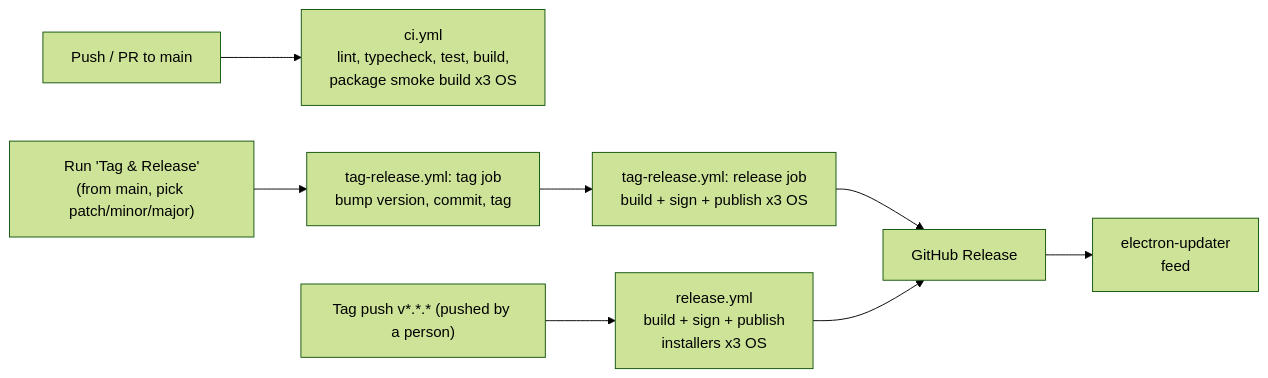
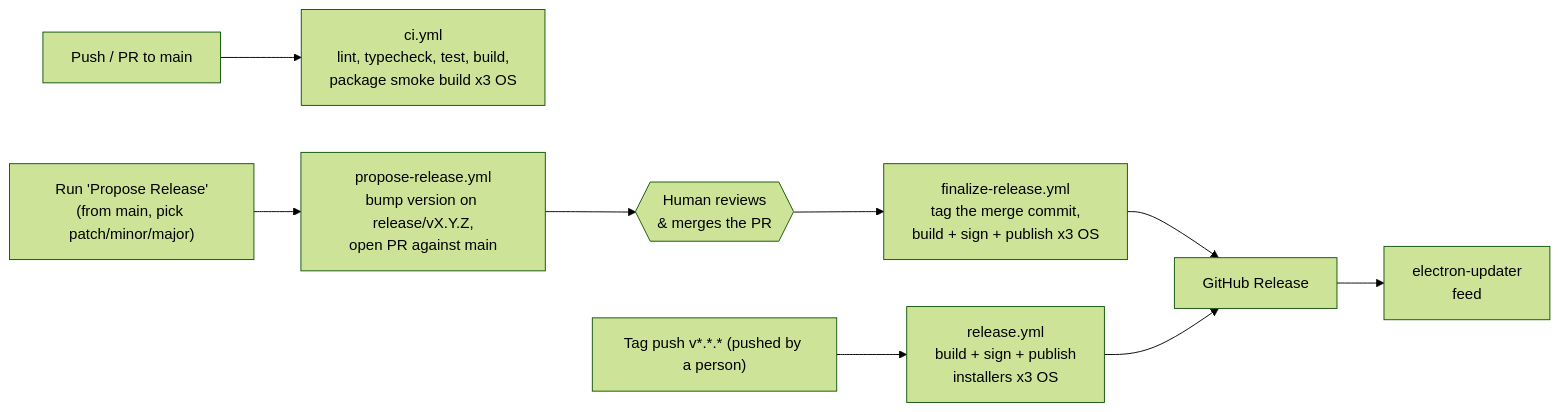
One commit to mkeology/desktop-ai changed the diagram in docs/specs/07-devops-release.md. Above: the diagram before and after it, drawn with Mermaid (forest theme). The commit also changed other lines of this file and 4 other files, not shown here.

First line of the commit message:
Split release automation into propose + finalize (PR-required workflow)

````diff
--- a/docs/specs/07-devops-release.md
+++ b/docs/specs/07-devops-release.md
@@ -7,10 +7,11 @@
 ```mermaid
 flowchart LR
     PR[Push / PR to main] --> CI[ci.yml\nlint, typecheck, test, build,\npackage smoke build x3 OS]
-    Dispatch["Run 'Tag & Release'\n(from main, pick patch/minor/major)"] --> TAG[tag-release.yml: tag job\nbump version, commit, tag]
-    TAG --> RELJOB[tag-release.yml: release job\nbuild + sign + publish x3 OS]
+    Dispatch["Run 'Propose Release'\n(from main, pick patch/minor/major)"] --> PROPOSE[propose-release.yml\nbump version on release/vX.Y.Z,\nopen PR against main]
+    PROPOSE --> HumanReview{{"Human reviews\n& merges the PR"}}
+    HumanReview --> FINALIZE[finalize-release.yml\ntag the merge commit,\nbuild + sign + publish x3 OS]
     ManualTag["Tag push v*.*.* (pushed by a person)"] --> REL[release.yml\nbuild + sign + publish\ninstallers x3 OS]
-    RELJOB --> GH[GitHub Release]
+    FINALIZE --> GH[GitHub Release]
     REL --> GH
     GH --> Updater[electron-updater\nfeed]
 ```
````
